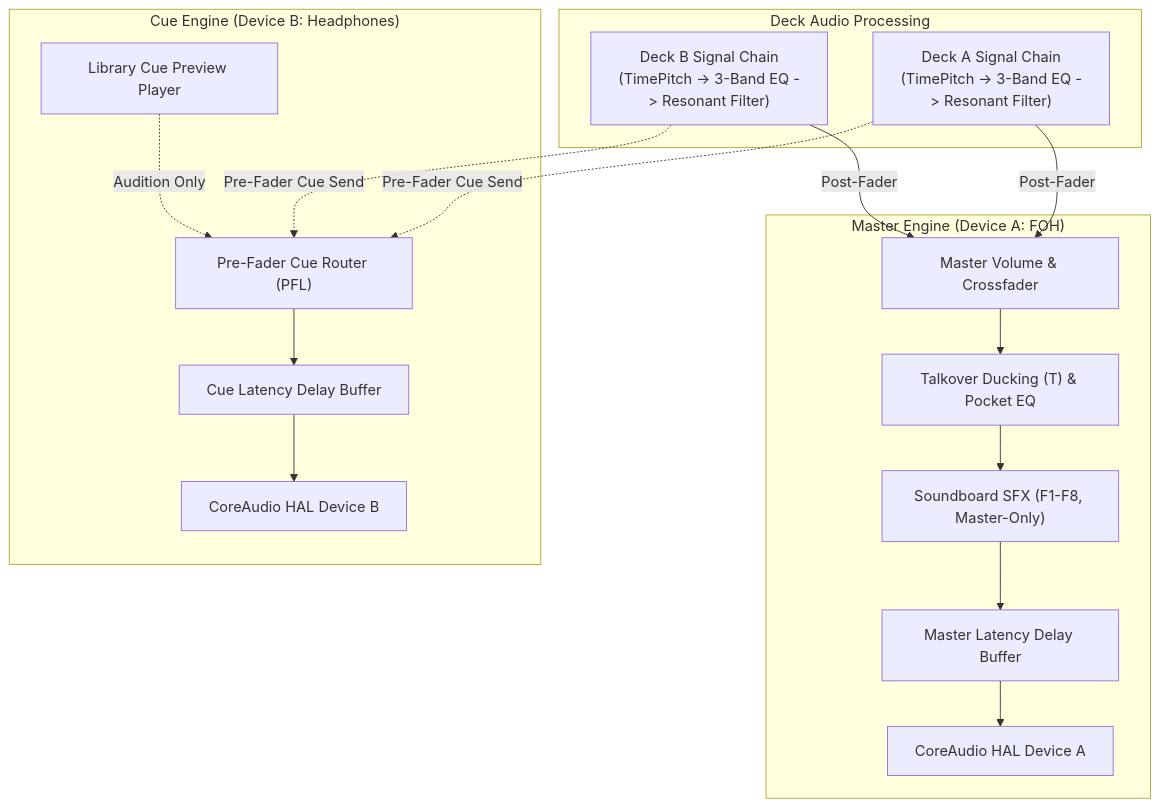
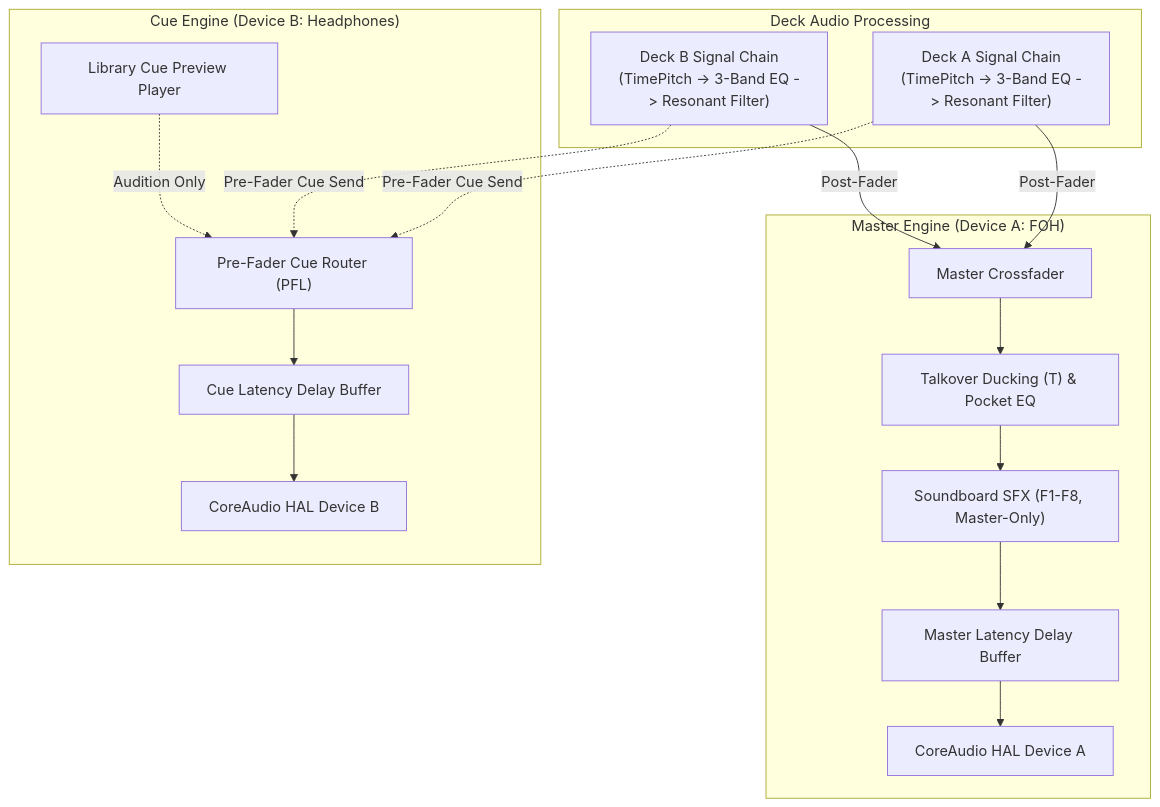
The diagram in README.md (Ejv1k/PulseDeckAI), drawn with Mermaid before and after one commit. The commit also changed other lines of this file and 4 other files, not shown here.

````diff
--- a/README.md
+++ b/README.md
@@ -57,29 +57,29 @@
 ```mermaid
 graph TD
     subgraph Decks["Deck Audio Processing"]
         DA["Deck A Signal Chain<br/>(TimePitch -> 3-Band EQ -> Resonant Filter)"]
         DB["Deck B Signal Chain<br/>(TimePitch -> 3-Band EQ -> Resonant Filter)"]
     end
 
     subgraph MasterPipeline["Master Engine (Device A: FOH)"]
-        MFader["Master Volume & Crossfader"]
+        MFader["Master Crossfader"]
         MDuck["Talkover Ducking (T) & Pocket EQ"]
         MSoundboard["Soundboard SFX (F1-F8, Master-Only)"]
         MDelay["Master Latency Delay Buffer"]
         MHAL["CoreAudio HAL Device A"]
         DA -->|Post-Fader| MFader
         DB -->|Post-Fader| MFader
         MFader --> MDuck --> MSoundboard --> MDelay --> MHAL
     end
 
     subgraph CuePipeline["Cue Engine (Device B: Headphones)"]
         CueMixer["Pre-Fader Cue Router (PFL)"]
         CuePreview["Library Cue Preview Player"]
         CDelay["Cue Latency Delay Buffer"]
         CHAL["CoreAudio HAL Device B"]
         DA -.->|Pre-Fader Cue Send| CueMixer
         DB -.->|Pre-Fader Cue Send| CueMixer
         CuePreview -.->|Audition Only| CueMixer
         CueMixer --> CDelay --> CHAL
     end
 ```
````
